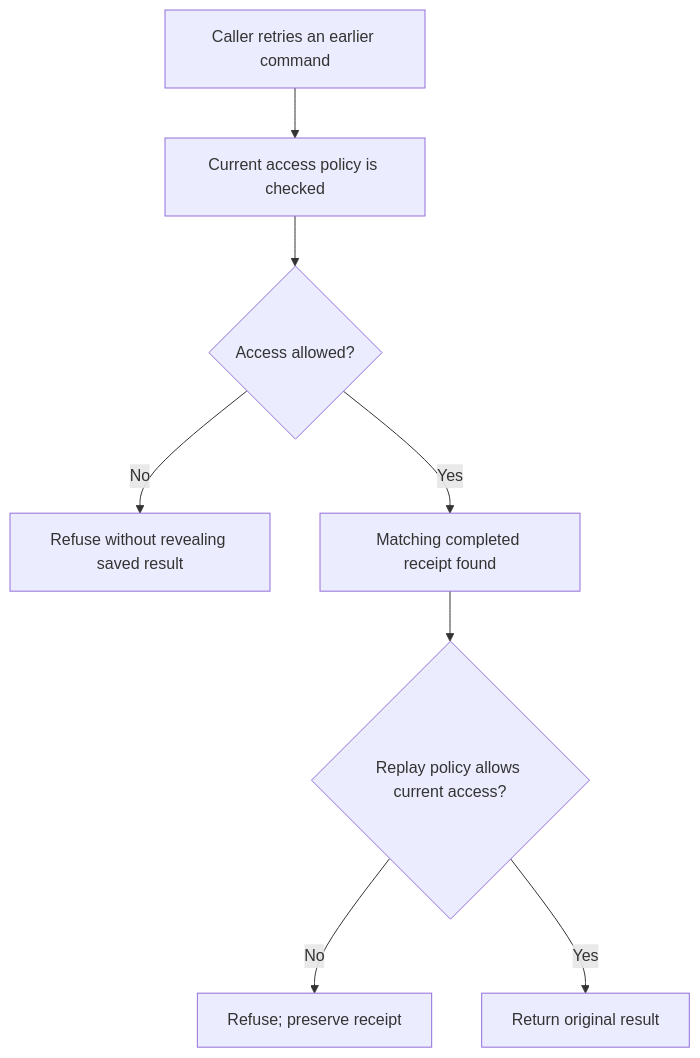
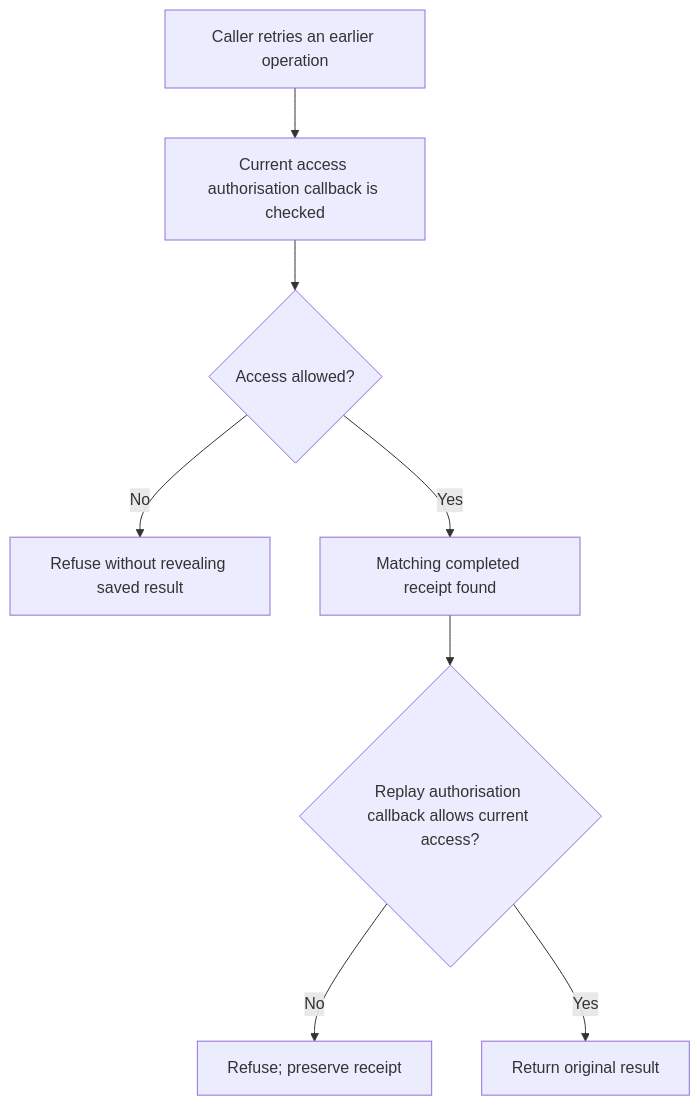
One commit to Kevinjohn/oss-adonisjs-duplicate-request-guard changed the first of 2 diagrams in user-stories/US-GUARD-03-authorize-replay.md. Above: the diagram before and after it, drawn with Mermaid. The commit also changed other lines of this file and 37 other files, not shown here.

````diff
--- a/user-stories/US-GUARD-03-authorize-replay.md
+++ b/user-stories/US-GUARD-03-authorize-replay.md
@@ -21,10 +21,10 @@
 ```mermaid
 flowchart TD
-    A["Caller retries an earlier command"] --> B["Current access policy is checked"]
+    A["Caller retries an earlier operation"] --> B["Current access authorisation callback is checked"]
     B --> C{"Access allowed?"}
     C -->|No| D["Refuse without revealing saved result"]
     C -->|Yes| E["Matching completed receipt found"]
-    E --> F{"Replay policy allows current access?"}
+    E --> F{"Replay authorisation callback allows current access?"}
     F -->|No| G["Refuse; preserve receipt"]
     F -->|Yes| H["Return original result"]
 ```
````
